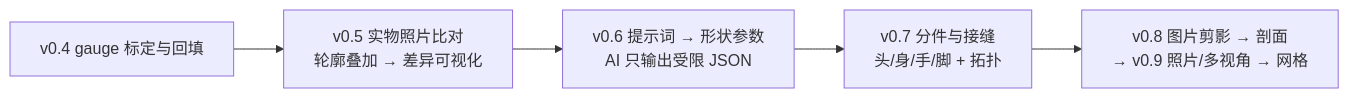
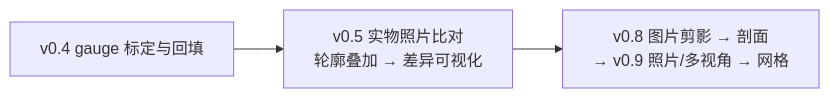
One commit to maidoufud-netizen/amigurumi-studio changed the third of 3 diagrams in docs/architecture.md. Above: the diagram before and after it, drawn with Mermaid. The commit also changed other lines of this file and 1 other file, not shown here.

First line of the commit message:
docs: 对齐文档与实现 —— three.js 本地化、测试项数、装配能力与路线图 (#1)

````diff
--- a/docs/architecture.md
+++ b/docs/architecture.md
@@ -107,7 +110,5 @@
 ```mermaid
 flowchart LR
   N1["v0.4 gauge 标定与回填"] --> N2["v0.5 实物照片比对<br/>轮廓叠加 → 差异可视化"]
-  N2 --> N3["v0.6 提示词 → 形状参数<br/>AI 只输出受限 JSON"]
-  N3 --> N4["v0.7 分件与接缝<br/>头/身/手/脚 + 拓扑"]
-  N4 --> N5["v0.8 图片剪影 → 剖面<br/>→ v0.9 照片/多视角 → 网格"]
+  N2 --> N5["v0.8 图片剪影 → 剖面<br/>→ v0.9 照片/多视角 → 网格"]
 ```
````
